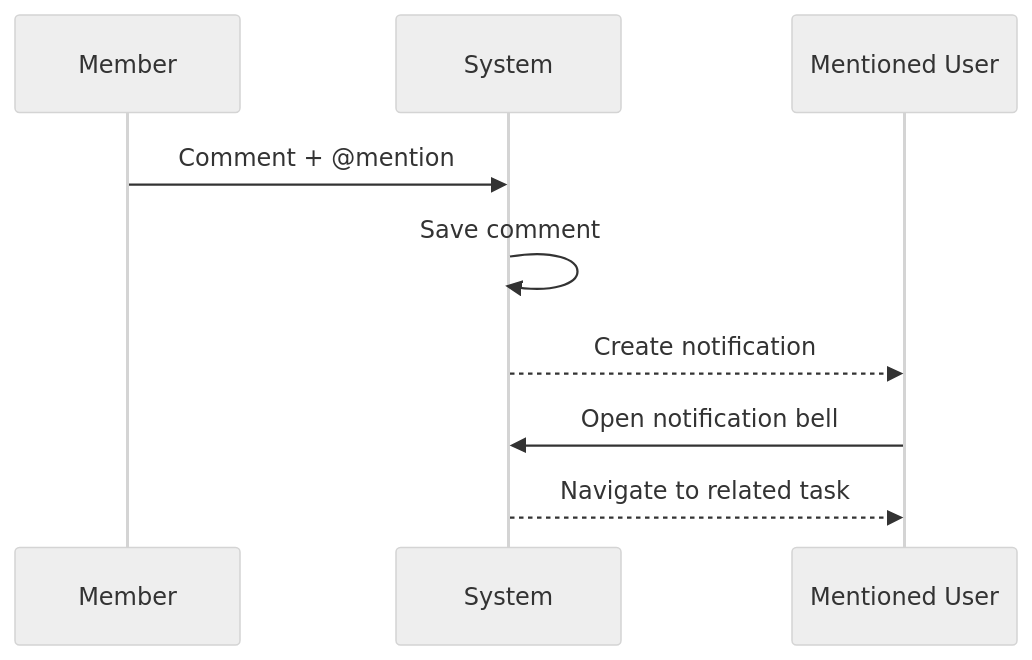
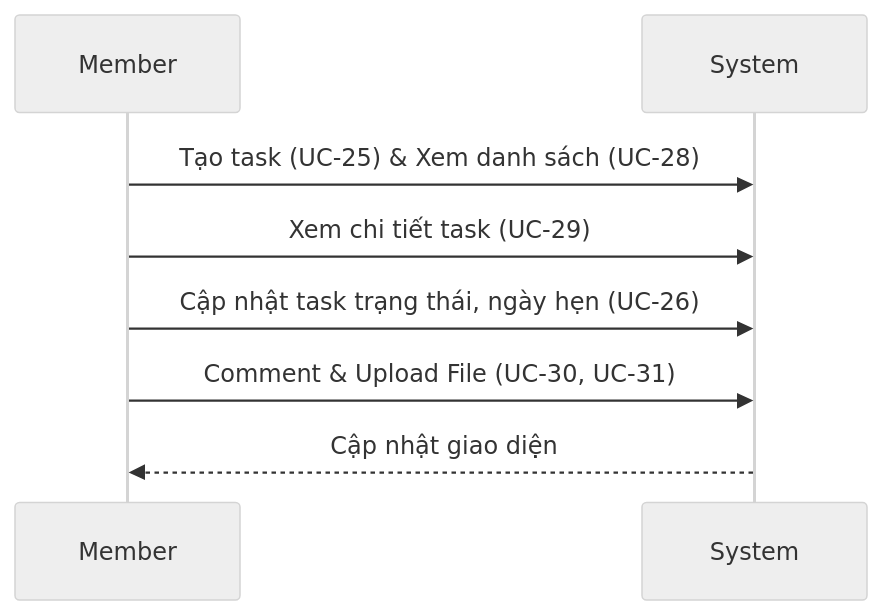
One commit to Alro127/TaskSence changed the fourth of 7 diagrams in Documents/usecase/UserFlows.md. Above: the diagram before and after it, drawn with Mermaid (neutral theme). The commit also changed other lines of this file and 5 other files, not shown here.

````diff
--- a/Documents/usecase/UserFlows.md
+++ b/Documents/usecase/UserFlows.md
@@ -68,12 +63,11 @@
 ```mermaid
 sequenceDiagram
     participant M as Member
     participant S as System
-    participant U as Mentioned User
 
-    M->>S: Comment + @mention
-    S->>S: Save comment
-    S-->>U: Create notification
-    U->>S: Open notification bell
-    S-->>U: Navigate to related task
+    M->>S: Tạo task (UC-25) & Xem danh sách (UC-28)
+    M->>S: Xem chi tiết task (UC-29)
+    M->>S: Cập nhật task trạng thái, ngày hẹn (UC-26)
+    M->>S: Comment & Upload File (UC-30, UC-31)
+    S-->>M: Cập nhật giao diện
 ```
````
